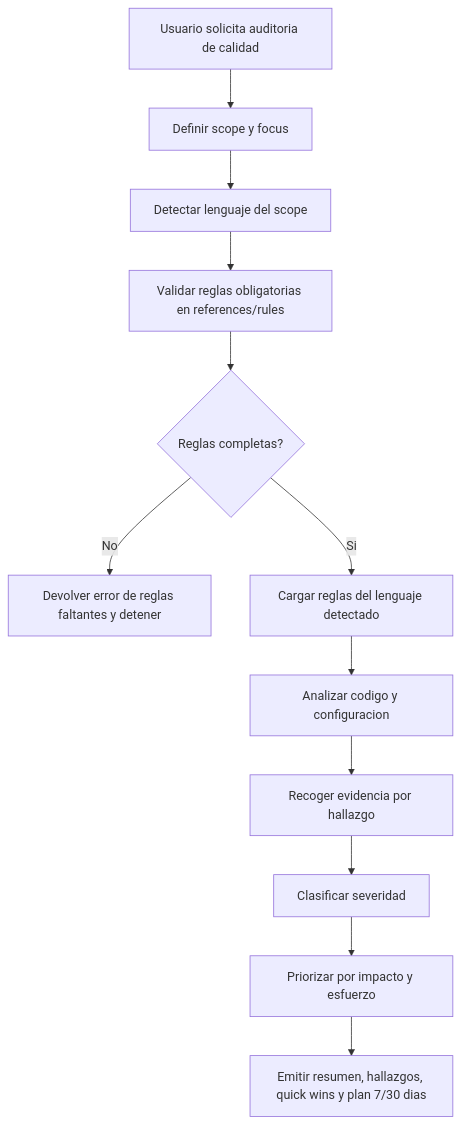
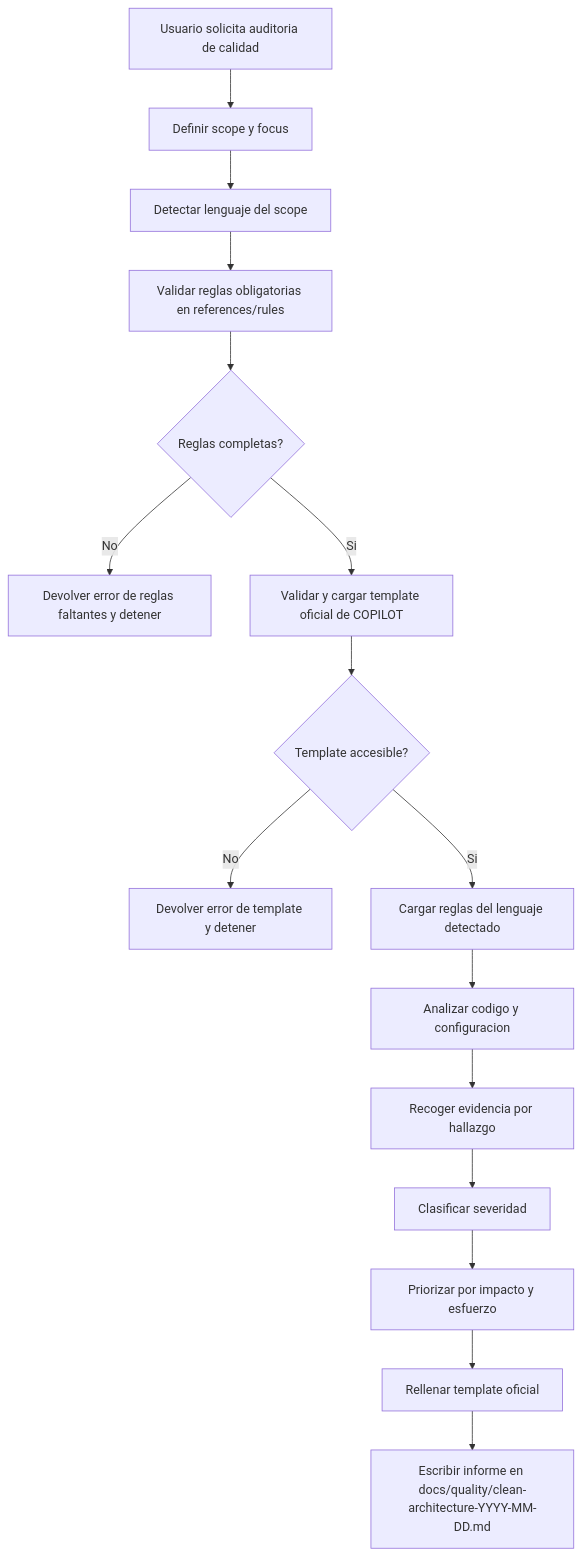
Before and after one commit to manelcc/copilot-devkit: the diagram in skills/global/devkit-clean-architecture-quality/references/overview.md, drawn with Mermaid. The commit also changed other lines of this file and 13 other files, not shown here.

````diff
--- a/skills/global/devkit-clean-architecture-quality/references/overview.md
+++ b/skills/global/devkit-clean-architecture-quality/references/overview.md
@@ -9,14 +9,18 @@
 ```mermaid
 flowchart TD
     A[Usuario solicita auditoria de calidad] --> B[Definir scope y focus]
     B --> C[Detectar lenguaje del scope]
     C --> D[Validar reglas obligatorias en references/rules]
     D --> E{Reglas completas?}
     E -- No --> F[Devolver error de reglas faltantes y detener]
-    E -- Si --> G[Cargar reglas del lenguaje detectado]
-    G --> H[Analizar codigo y configuracion]
-    H --> I[Recoger evidencia por hallazgo]
-    I --> J[Clasificar severidad]
-    J --> K[Priorizar por impacto y esfuerzo]
-    K --> L[Emitir resumen, hallazgos, quick wins y plan 7/30 dias]
+    E -- Si --> G[Validar y cargar template oficial de COPILOT]
+    G --> H{Template accesible?}
+    H -- No --> I[Devolver error de template y detener]
+    H -- Si --> J[Cargar reglas del lenguaje detectado]
+    J --> K[Analizar codigo y configuracion]
+    K --> L[Recoger evidencia por hallazgo]
+    L --> M[Clasificar severidad]
+    M --> N[Priorizar por impacto y esfuerzo]
+    N --> O[Rellenar template oficial]
+    O --> P[Escribir informe en docs/quality/clean-architecture-YYYY-MM-DD.md]
 ```
````
